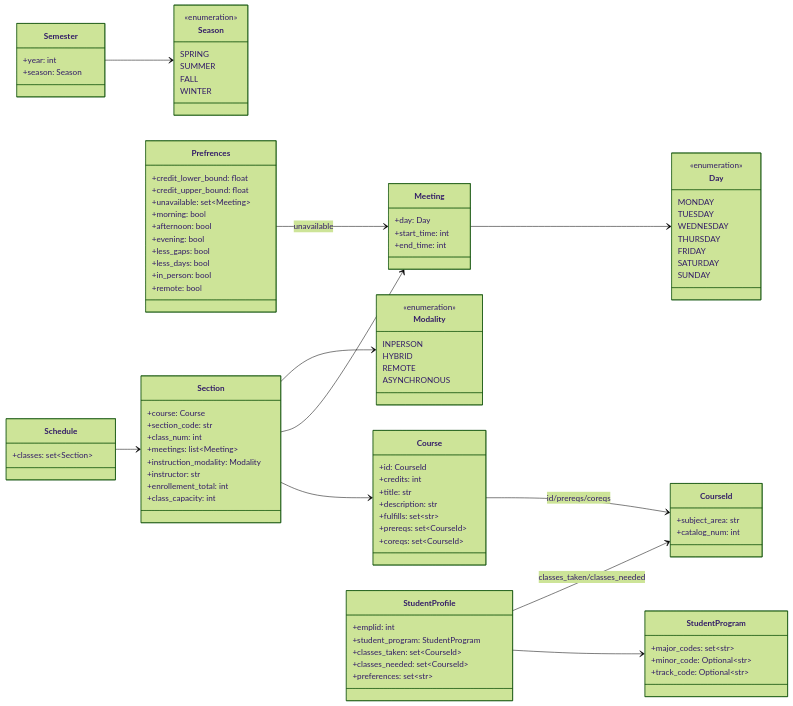
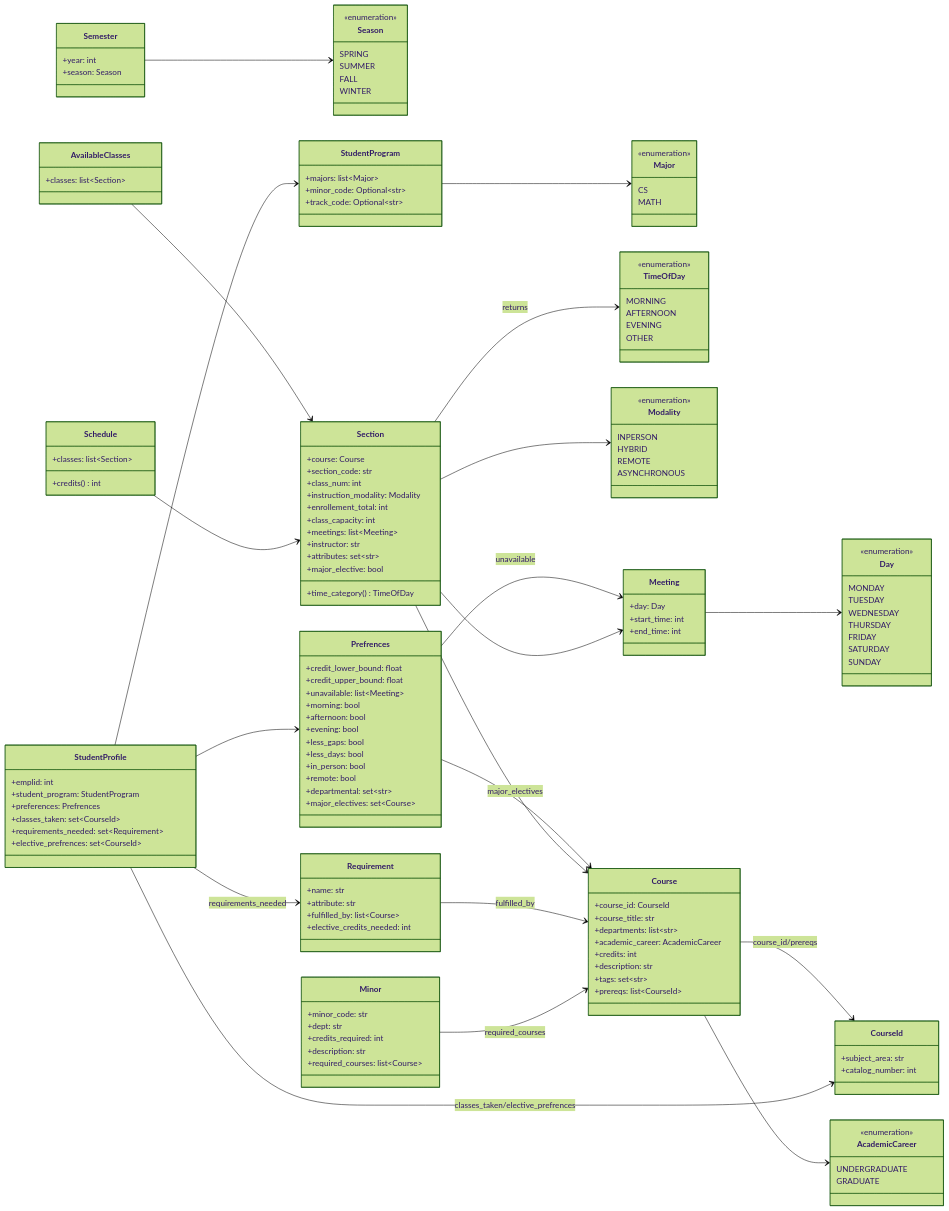
The diagram in schedulingLogic/docs/models-class-diagram.md (godelsdreamhouse/hunterstudentscheduler), drawn with Mermaid (forest theme) before and after one commit. The commit also changed 1 other file, not shown here.

Commit message:
Update scheduler docs diagrams for current model and flow

````diff
--- a/schedulingLogic/docs/models-class-diagram.md
+++ b/schedulingLogic/docs/models-class-diagram.md
@@ -5,6 +5,26 @@
 ```mermaid
 classDiagram
 direction LR
+
+class Major {
+  <<enumeration>>
+  CS
+  MATH
+}
+
+class AcademicCareer {
+  <<enumeration>>
+  UNDERGRADUATE
+  GRADUATE
+}
+
+class TimeOfDay {
+  <<enumeration>>
+  MORNING
+  AFTERNOON
+  EVENING
+  OTHER
+}
 
 class Day {
   <<enumeration>>
@@ -35,7 +55,7 @@
 
 class CourseId {
   +subject_area: str
-  +catalog_num: int
+  +catalog_number: int
 }
 
 class Meeting {
@@ -47,7 +67,7 @@
 class Prefrences {
   +credit_lower_bound: float
   +credit_upper_bound: float
-  +unavailable: set~Meeting~
+  +unavailable: list~Meeting~
   +morning: bool
   +afternoon: bool
   +evening: bool
@@ -55,16 +75,40 @@
   +less_days: bool
   +in_person: bool
   +remote: bool
+  +departmental: set~str~
+  +major_electives: set~Course~
 }
 
 class Course {
-  +id: CourseId
+  +course_id: CourseId
+  +course_title: str
+  +departments: list~str~
+  +academic_career: AcademicCareer
   +credits: int
-  +title: str
   +description: str
-  +fulfills: set~str~
-  +prereqs: set~CourseId~
-  +coreqs: set~CourseId~
+  +tags: set~str~
+  +prereqs: list~CourseId~
+}
+
+class Section {
+  +course: Course
+  +section_code: str
+  +class_num: int
+  +instruction_modality: Modality
+  +enrollement_total: int
+  +class_capacity: int
+  +meetings: list~Meeting~
+  +instructor: str
+  +attributes: set~str~
+  +major_elective: bool
+  +time_category() TimeOfDay
+}
+
+class Requirement {
+  +name: str
+  +attribute: str
+  +fulfilled_by: list~Course~
+  +elective_credits_needed: int
 }
 
 class Semester {
@@ -72,19 +116,8 @@
   +season: Season
 }
 
-class Section {
-  +course: Course
-  +section_code: str
-  +class_num: int
-  +meetings: list~Meeting~
-  +instruction_modality: Modality
-  +instructor: str
-  +enrollement_total: int
-  +class_capacity: int
-}
-
 class StudentProgram {
-  +major_codes: set~str~
+  +majors: list~Major~
   +minor_code: Optional~str~
   +track_code: Optional~str~
 }
@@ -92,23 +125,46 @@
 class StudentProfile {
   +emplid: int
   +student_program: StudentProgram
+  +preferences: Prefrences
   +classes_taken: set~CourseId~
-  +classes_needed: set~CourseId~
-  +preferences: set~str~
+  +requirements_needed: set~Requirement~
+  +elective_prefrences: set~CourseId~
+}
+
+class Minor {
+  +minor_code: str
+  +dept: str
+  +credits_required: int
+  +description: str
+  +required_courses: list~Course~
+}
+
+class AvailableClasses {
+  +classes: list~Section~
 }
 
 class Schedule {
-  +classes: set~Section~
+  +classes: list~Section~
+  +credits() int
 }
 
 Meeting --> Day
+Section --> TimeOfDay : returns
 Prefrences --> Meeting : unavailable
-Course --> CourseId : id/prereqs/coreqs
+Prefrences --> Course : major_electives
+Course --> CourseId : course_id/prereqs
+Course --> AcademicCareer
 Section --> Course
 Section --> Meeting
 Section --> Modality
 Semester --> Season
+StudentProgram --> Major
 StudentProfile --> StudentProgram
-StudentProfile --> CourseId : classes_taken/classes_needed
+StudentProfile --> Prefrences
+StudentProfile --> CourseId : classes_taken/elective_prefrences
+StudentProfile --> Requirement : requirements_needed
+Requirement --> Course : fulfilled_by
+AvailableClasses --> Section
+Minor --> Course : required_courses
 Schedule --> Section
 ```
````
